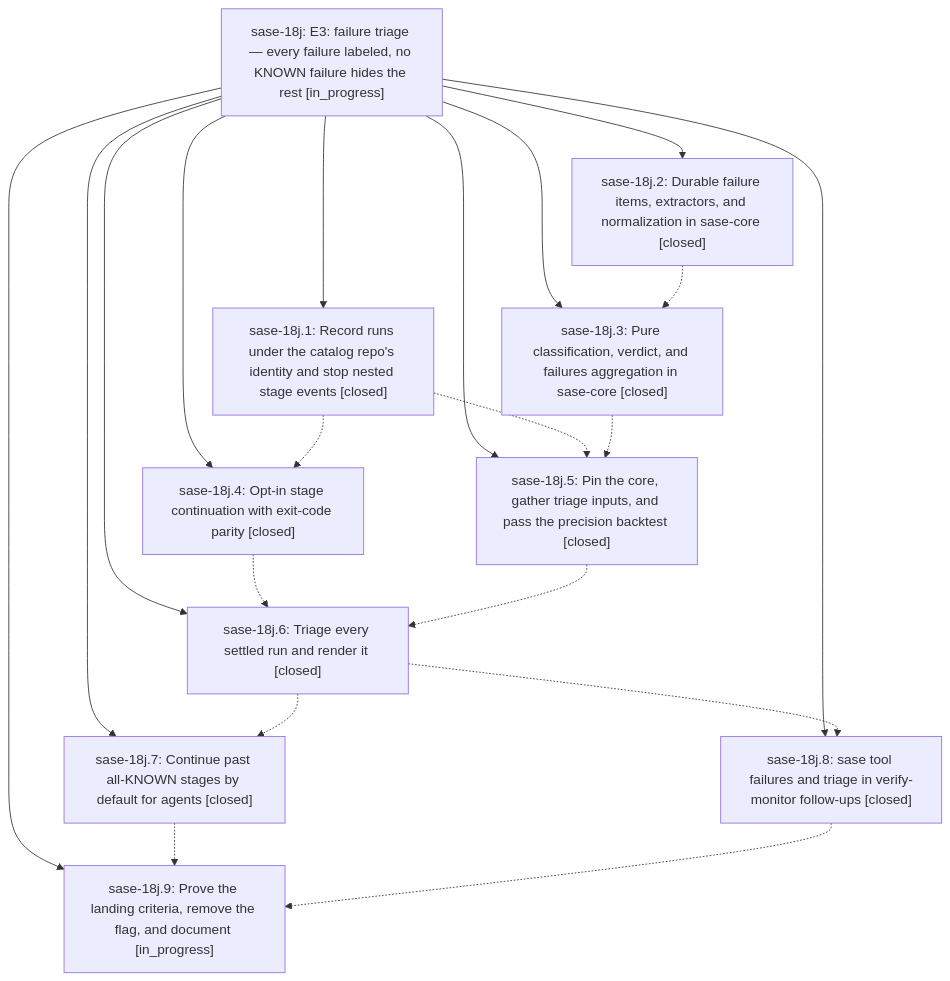
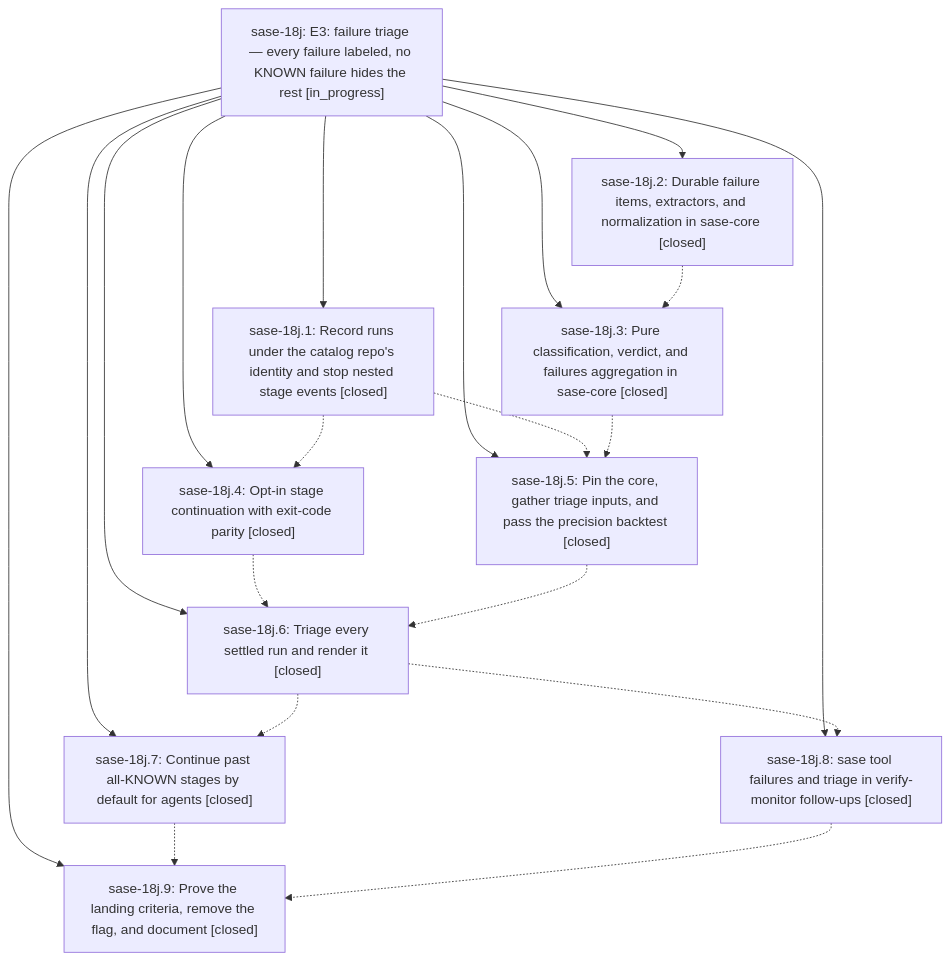
Before and after one commit to sase-org/sase--beads: the diagram in pages/sase-18j/README.md, drawn with Mermaid. The commit also changed other lines of this file and 3 other files, not shown here.

````diff
--- a/pages/sase-18j/README.md
+++ b/pages/sase-18j/README.md
@@ -42,32 +42,32 @@
 ```mermaid
 flowchart TD
     n0["sase-18j: E3: failure triage — every failure labeled, no KNOWN failure hides the rest [in_progress]"]
     n1["sase-18j.1: Record runs under the catalog repo's identity and stop nested stage events [closed]"]
     n2["sase-18j.2: Durable failure items, extractors, and normalization in sase-core [closed]"]
     n3["sase-18j.3: Pure classification, verdict, and failures aggregation in sase-core [closed]"]
     n4["sase-18j.4: Opt-in stage continuation with exit-code parity [closed]"]
     n5["sase-18j.5: Pin the core, gather triage inputs, and pass the precision backtest [closed]"]
     n6["sase-18j.6: Triage every settled run and render it [closed]"]
     n7["sase-18j.7: Continue past all-KNOWN stages by default for agents [closed]"]
     n8["sase-18j.8: sase tool failures and triage in verify-monitor follow-ups [closed]"]
-    n9["sase-18j.9: Prove the landing criteria, remove the flag, and document [in_progress]"]
+    n9["sase-18j.9: Prove the landing criteria, remove the flag, and document [closed]"]
     n0 --> n1
     n0 --> n2
     n0 --> n3
     n0 --> n4
     n0 --> n5
     n0 --> n6
     n0 --> n7
     n0 --> n8
     n0 --> n9
     n1 -.-> n4
     n1 -.-> n5
     n2 -.-> n3
     n3 -.-> n5
     n4 -.-> n6
     n5 -.-> n6
     n6 -.-> n7
     n6 -.-> n8
     n7 -.-> n9
     n8 -.-> n9
 ```
````
